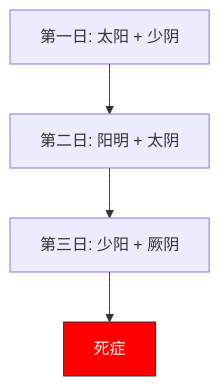
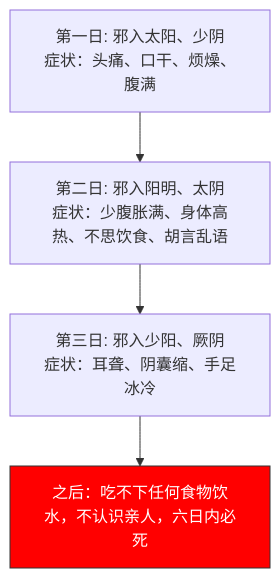
Before and after one commit to judyfreecoding/TCM_Ni: the second of 2 diagrams in docs/huangdi/case/index.md, drawn with Mermaid. The commit also changed other lines of this file and 1 other file, not shown here.

````diff
--- a/docs/huangdi/case/index.md
+++ b/docs/huangdi/case/index.md
@@ -161,7 +163,7 @@
 ```mermaid
 graph TD
-    A[第一日: 太阳 + 少阴] --> B[第二日: 阳明 + 太阴]
-    B --> C[第三日: 少阳 + 厥阴]
-    C --> D[死症]
+    A[第一日: 邪入太阳、少阴<br>症状：头痛、口干、烦燥、腹满 ] --> B[第二日: 邪入阳明、太阴<br>症状：少腹胀满、身体高热、不思饮食、胡言乱语 ]
+    B --> C[第三日: 邪入少阳、厥阴<br>症状：耳聋、阴囊缩、手足冰冷 ]
+    C --> D[之后：吃不下任何食物饮水，不认识亲人，六日内必死]
     style D fill:#f00,color:#fff,stroke:#333
 ```
````
